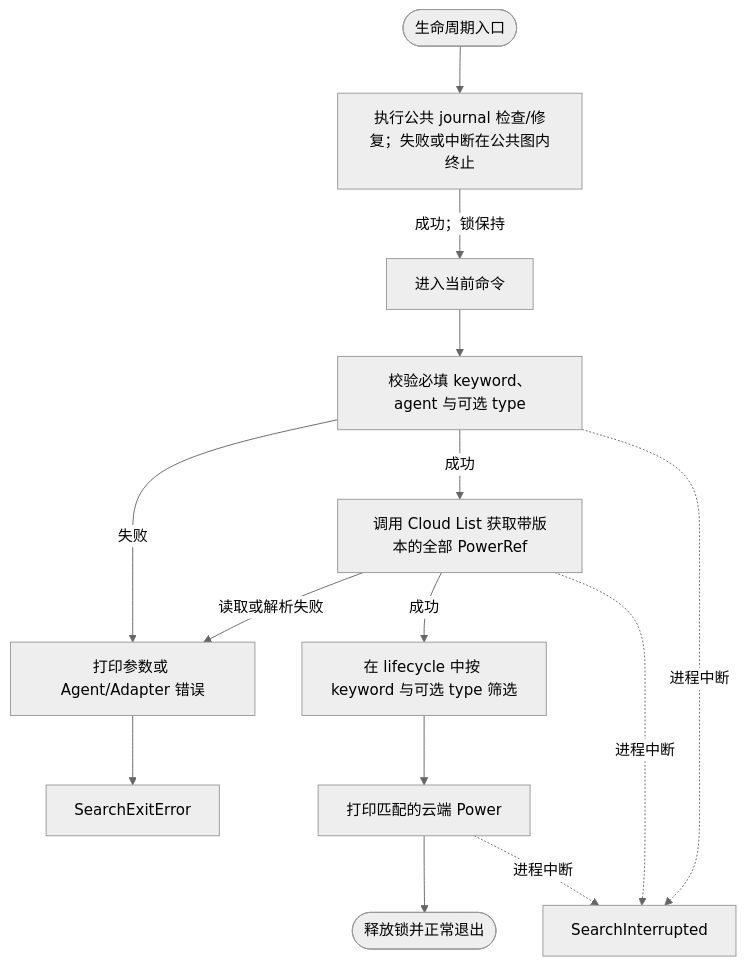
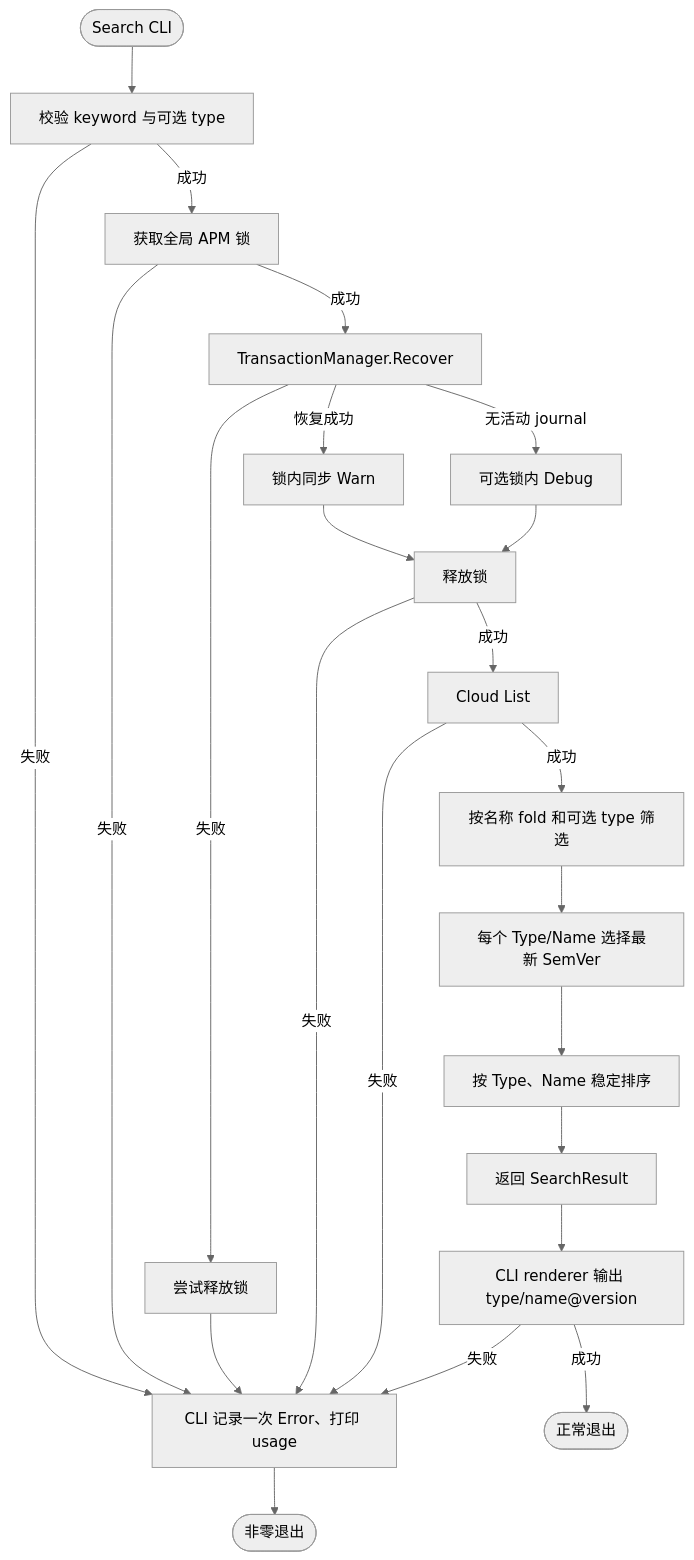
One commit to spacemit-com/agent-power-manager changed the diagram in ivory-tower/c4/components/apm-cli-lifecycle-diagrams/search.mmd. Above: the diagram before and after it, drawn with Mermaid (neutral theme). The commit also changed 9 other files, not shown here.

Commit message:
docs(search): revise lifecycle lock boundary

```diff
--- a/ivory-tower/c4/components/apm-cli-lifecycle-diagrams/search.mmd
+++ b/ivory-tower/c4/components/apm-cli-lifecycle-diagrams/search.mmd
@@ -1,14 +1,21 @@
 flowchart TD
-    SearchStart([生命周期入口]) --> SearchRecovery[执行公共 journal 检查/修复；失败或中断在公共图内终止]
-    SearchRecovery -->|成功；锁保持| SearchCommand[进入当前命令]
-
-    SearchCommand --> SearchValidate[校验必填 keyword、agent 与可选 type]
-    SearchValidate -->|失败| SearchFail[打印参数或 Agent/Adapter 错误] --> SearchExitError
-    SearchValidate -->|成功| SearchCloudList[调用 Cloud List 获取带版本的全部 PowerRef]
-    SearchCloudList -->|读取或解析失败| SearchFail
-    SearchCloudList -->|成功| SearchFilter[在 lifecycle 中按 keyword 与可选 type 筛选]
-    SearchFilter --> SearchPrint[打印匹配的云端 Power]
-    SearchPrint --> SearchExitOK([释放锁并正常退出])
-    SearchValidate -.进程中断.-> SearchInterrupted
-    SearchCloudList -.进程中断.-> SearchInterrupted
-    SearchPrint -.进程中断.-> SearchInterrupted
+    SearchStart([Search CLI]) --> SearchValidate[校验 keyword 与可选 type]
+    SearchValidate -->|失败| SearchCLIError[CLI 记录一次 Error、打印 usage] --> SearchExitError([非零退出])
+    SearchValidate -->|成功| SearchAcquire[获取全局 APM 锁]
+    SearchAcquire -->|失败| SearchCLIError
+    SearchAcquire -->|成功| SearchRecover[TransactionManager.Recover]
+    SearchRecover -->|恢复成功| SearchWarn[锁内同步 Warn]
+    SearchRecover -->|无活动 journal| SearchDebug[可选锁内 Debug]
+    SearchWarn --> SearchRelease[释放锁]
+    SearchDebug --> SearchRelease
+    SearchRecover -->|失败| SearchAttemptRelease[尝试释放锁] --> SearchCLIError
+    SearchRelease -->|失败| SearchCLIError
+    SearchRelease -->|成功| SearchCloudList[Cloud List]
+    SearchCloudList -->|失败| SearchCLIError
+    SearchCloudList -->|成功| SearchFilter[按名称 fold 和可选 type 筛选]
+    SearchFilter --> SearchLatest[每个 Type/Name 选择最新 SemVer]
+    SearchLatest --> SearchSort[按 Type、Name 稳定排序]
+    SearchSort --> SearchResult[返回 SearchResult]
+    SearchResult --> SearchRender[CLI renderer 输出 type/name@version]
+    SearchRender -->|失败| SearchCLIError
+    SearchRender -->|成功| SearchExitOK([正常退出])
```
